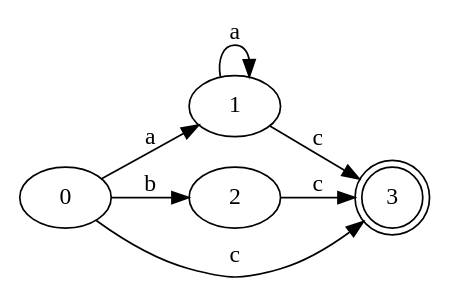
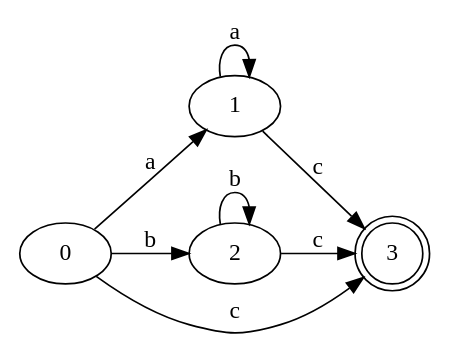
Before and after one commit to MaaarcosG/Automatas: the diagram in Graph/DFA_Direct.gv, drawn with Graphviz. The commit also changed 7 other files, not shown here.

```diff
--- a/Graph/DFA_Direct.gv
+++ b/Graph/DFA_Direct.gv
@@ -1,13 +1,14 @@
 digraph Automata {
 	rankdir=LR
 	0 [label=0]
 	0 -> 1 [label=a]
 	0 -> 2 [label=b]
 	0 -> 3 [label=c]
 	1 [label=1]
 	1 -> 1 [label=a]
 	1 -> 3 [label=c]
 	2 [label=2]
+	2 -> 2 [label=b]
 	2 -> 3 [label=c]
 	3 [label=3 shape=doublecircle]
 }
```
